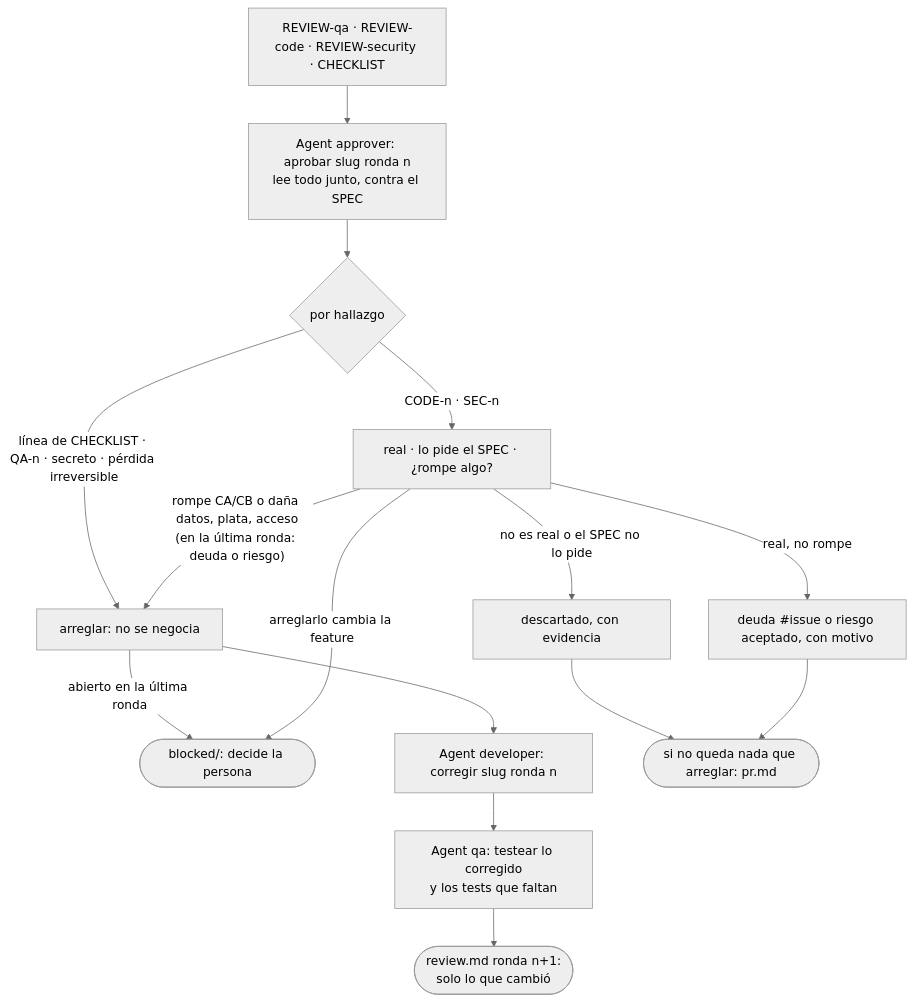
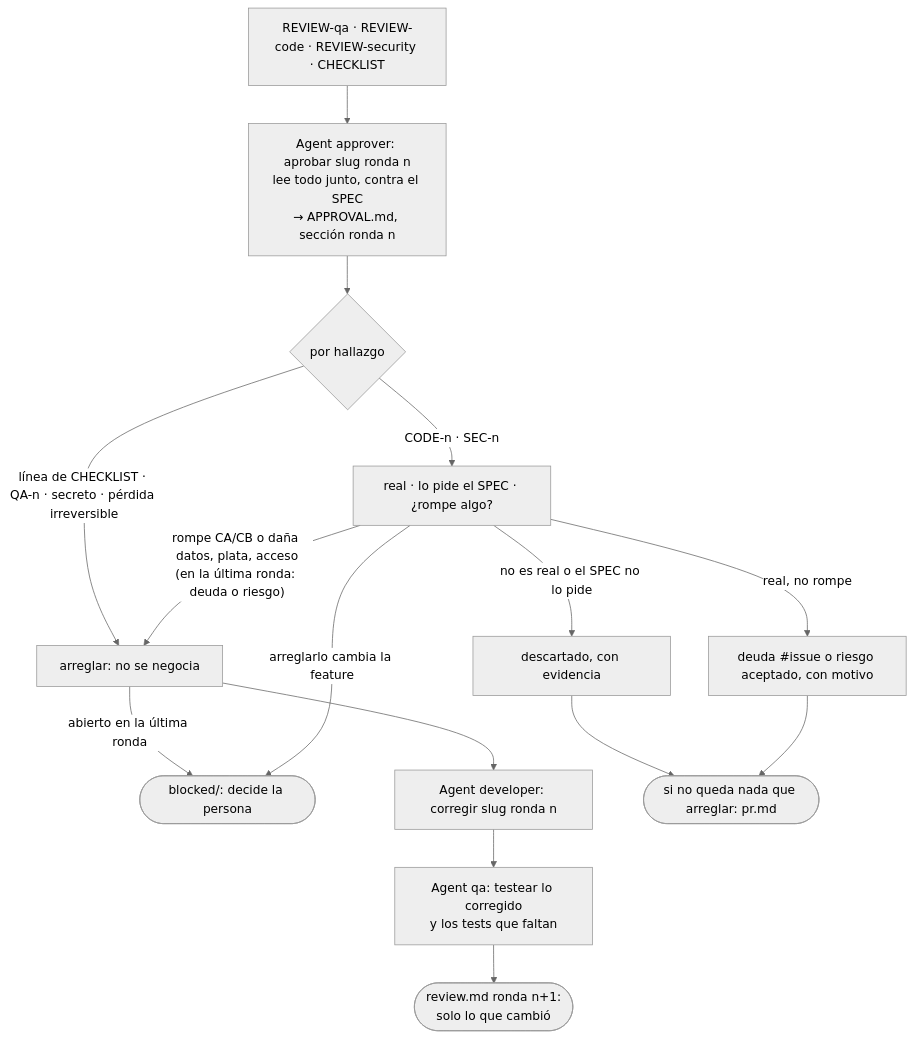
The diagram in skills/workflow/references/fix.md (octavio-parozlabs/mindstack), drawn with Mermaid (neutral theme) before and after one commit. The commit also changed other lines of this file and 33 other files, not shown here.

````diff
--- a/skills/workflow/references/fix.md
+++ b/skills/workflow/references/fix.md
@@ -5,14 +5,14 @@
 ```mermaid
 flowchart TD
-    H["REVIEW-qa · REVIEW-code · REVIEW-security · CHECKLIST"] --> A["Agent approver: aprobar slug ronda n<br/>lee todo junto, contra el SPEC"]
+    H["REVIEW-qa · REVIEW-code · REVIEW-security · CHECKLIST"] --> A["Agent approver: aprobar slug ronda n<br/>lee todo junto, contra el SPEC<br/>→ APPROVAL.md, sección ronda n"]
     A --> D{"por hallazgo"}
     D -- "línea de CHECKLIST · QA-n · secreto · pérdida irreversible" --> FX[arreglar: no se negocia]
     FX -- "abierto en la última ronda" --> BL
     D -- "CODE-n · SEC-n" --> J["real · lo pide el SPEC · ¿rompe algo?"]
     J -- "rompe CA/CB o daña datos, plata, acceso<br/>(en la última ronda: deuda o riesgo)" --> FX
     J -- "no es real o el SPEC no lo pide" --> DS[descartado, con evidencia]
     J -- "real, no rompe" --> DR["deuda #issue o riesgo aceptado, con motivo"]
     J -- "arreglarlo cambia la feature" --> BL([blocked/: decide la persona])
     FX --> DEV["Agent developer: corregir slug ronda n"] --> Q["Agent qa: testear lo corregido<br/>y los tests que faltan"] --> R(["review.md ronda n+1:<br/>solo lo que cambió"])
     DS & DR --> PR([si no queda nada que arreglar: pr.md])
 ```
````
